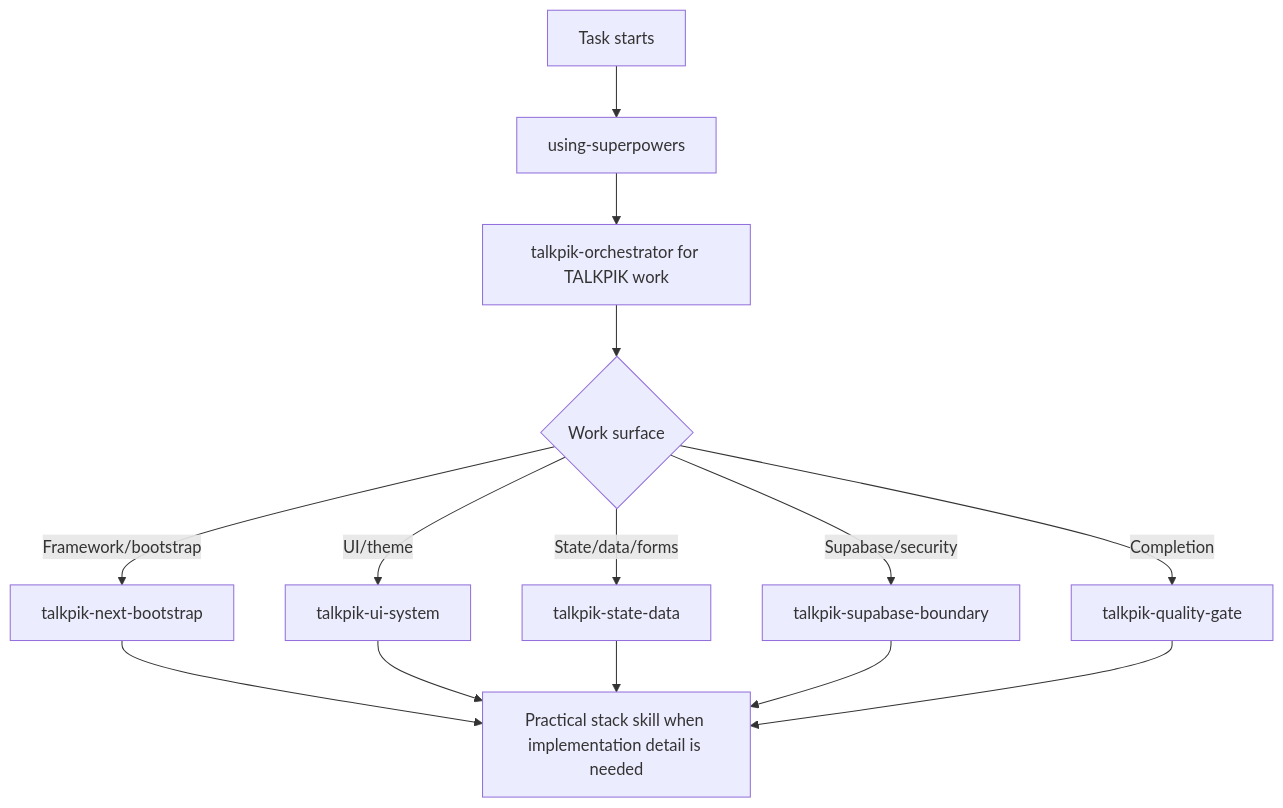
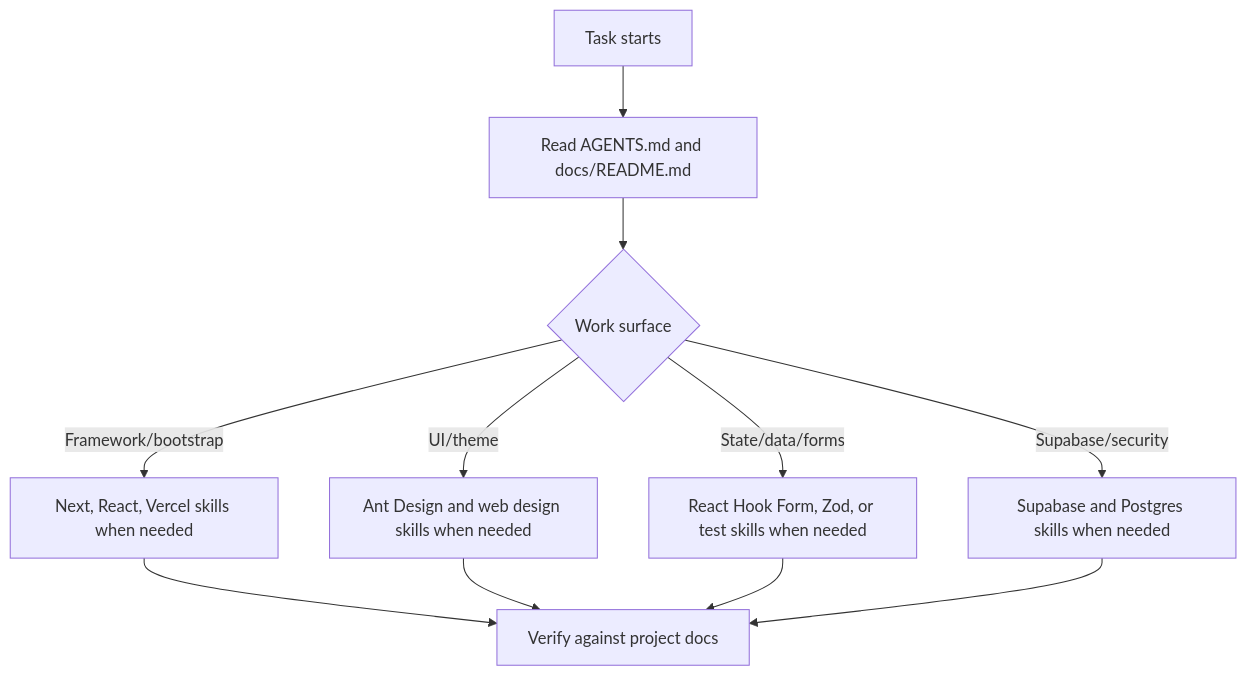
One commit to blackstarzck/topik-project-v13 changed the diagram in .agents/README.md. Above: the diagram before and after it, drawn with Mermaid. The commit also changed other lines of this file and 83 other files, not shown here.

````diff
--- a/.agents/README.md
+++ b/.agents/README.md
@@ -75,16 +62,13 @@
 ```mermaid
 flowchart TD
-    A["Task starts"] --> B["using-superpowers"]
-    B --> C["talkpik-orchestrator for TALKPIK work"]
-    C --> D{"Work surface"}
-    D -->|"Framework/bootstrap"| E["talkpik-next-bootstrap"]
-    D -->|"UI/theme"| F["talkpik-ui-system"]
-    D -->|"State/data/forms"| G["talkpik-state-data"]
-    D -->|"Supabase/security"| H["talkpik-supabase-boundary"]
-    D -->|"Completion"| J["talkpik-quality-gate"]
-    E --> K["Practical stack skill when implementation detail is needed"]
-    F --> K
-    G --> K
-    H --> K
-    J --> K
+    A["Task starts"] --> B["Read AGENTS.md and docs/README.md"]
+    B --> C{"Work surface"}
+    C -->|"Framework/bootstrap"| D["Next, React, Vercel skills when needed"]
+    C -->|"UI/theme"| E["Ant Design and web design skills when needed"]
+    C -->|"State/data/forms"| F["React Hook Form, Zod, or test skills when needed"]
+    C -->|"Supabase/security"| G["Supabase and Postgres skills when needed"]
+    D --> H["Verify against project docs"]
+    E --> H
+    F --> H
+    G --> H
 ```
````
